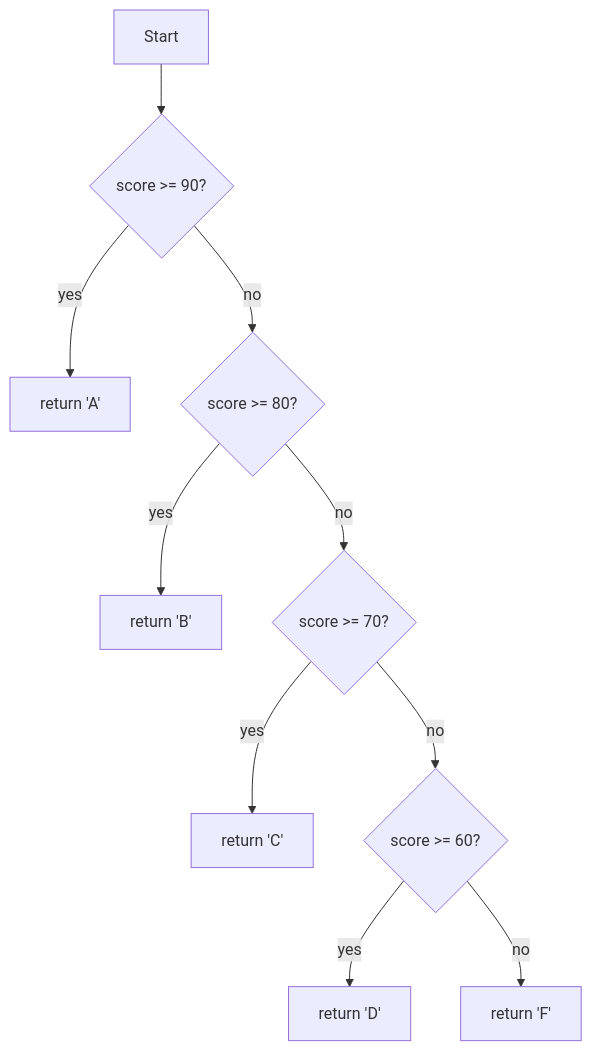
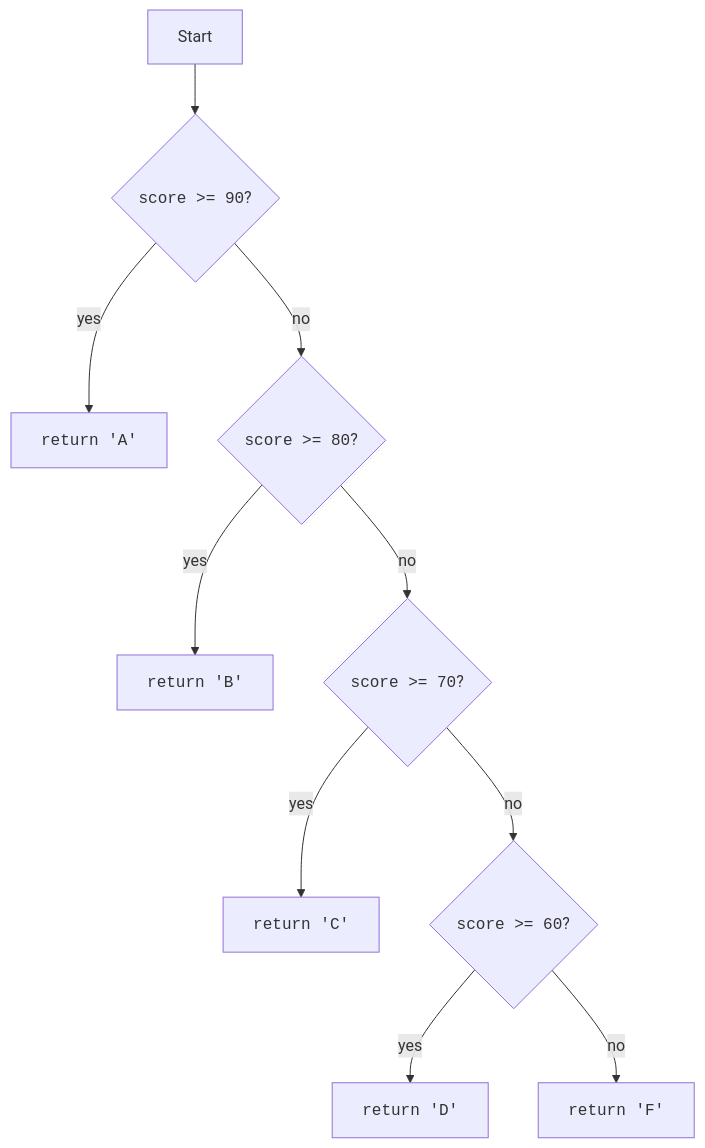
The second of 2 diagrams in content/learn/beginners-javascript/conditionals.mdx (dataslope/dataslope), drawn with Mermaid before and after one commit. The commit also changed other lines of this file and 56 other files, not shown here.

````diff
--- a/content/learn/beginners-javascript/conditionals.mdx
+++ b/content/learn/beginners-javascript/conditionals.mdx
@@ -107,12 +107,12 @@
 ```mermaid
 flowchart TD
-    A[Start] --> B{score >= 90?}
-    B -- yes --> R1[return 'A']
-    B -- no  --> C{score >= 80?}
-    C -- yes --> R2[return 'B']
-    C -- no  --> D{score >= 70?}
-    D -- yes --> R3[return 'C']
-    D -- no  --> E{score >= 60?}
-    E -- yes --> R4[return 'D']
-    E -- no  --> R5[return 'F']
+    A[Start] --> B{"<code>score &gt;= 90</code>?"}
+    B -- yes --> R1["<code>return 'A'</code>"]
+    B -- no  --> C{"<code>score &gt;= 80</code>?"}
+    C -- yes --> R2["<code>return 'B'</code>"]
+    C -- no  --> D{"<code>score &gt;= 70</code>?"}
+    D -- yes --> R3["<code>return 'C'</code>"]
+    D -- no  --> E{"<code>score &gt;= 60</code>?"}
+    E -- yes --> R4["<code>return 'D'</code>"]
+    E -- no  --> R5["<code>return 'F'</code>"]
 ```
````
